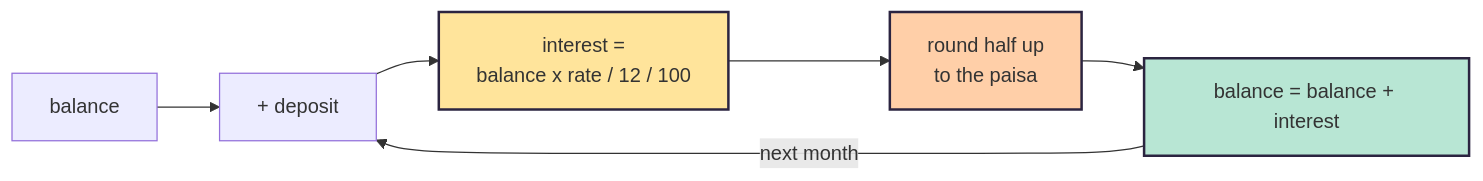
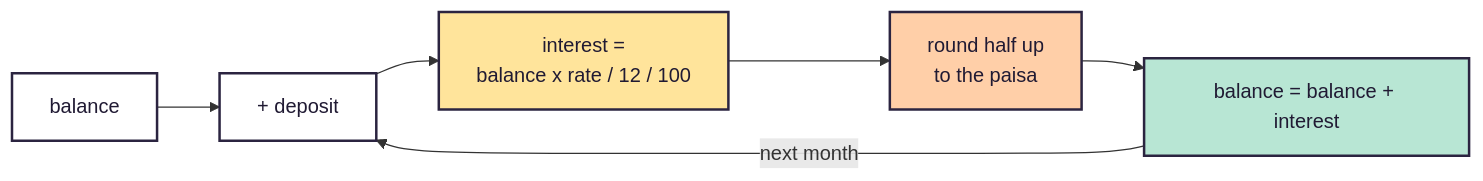
One commit to AuvroIslam/lsh26-t033-p12 changed the sixth of 6 diagrams in README.md. Above: the diagram before and after it, drawn with Mermaid. The commit also changed other lines of this file, not shown here.

First line of the commit message:
Fix diagram contrast and use the slides as illustration, not a gallery

````diff
--- a/README.md
+++ b/README.md
@@ -352,12 +403,20 @@
 ```mermaid
 flowchart LR
+    classDef default fill:#ffffff,stroke:#2b2440,stroke-width:2px,color:#201a33;
     A["balance"] --> B["+ deposit"]
     B --> C["interest =<br/>balance x rate / 12 / 100"]
     C --> D["round half up<br/>to the paisa"]
     D --> E["balance = balance + interest"]
     E -->|"next month"| B
 
-    style C fill:#ffe49b,stroke:#2b2440,stroke-width:2px
-    style D fill:#ffcfa8,stroke:#2b2440,stroke-width:2px
-    style E fill:#b8e6d4,stroke:#2b2440,stroke-width:2px
+    classDef lav fill:#f4f0fd,stroke:#2b2440,stroke-width:2px,color:#201a33;
+    classDef lilac fill:#d9c9f7,stroke:#2b2440,stroke-width:2px,color:#201a33;
+    classDef mint fill:#b8e6d4,stroke:#2b2440,stroke-width:2px,color:#201a33;
+    classDef butter fill:#ffe49b,stroke:#2b2440,stroke-width:2px,color:#201a33;
+    classDef peach fill:#ffcfa8,stroke:#2b2440,stroke-width:2px,color:#201a33;
+    classDef blush fill:#ffc9d9,stroke:#2b2440,stroke-width:2px,color:#201a33;
+    classDef sky fill:#bcd9f7,stroke:#2b2440,stroke-width:2px,color:#201a33;
+    class C butter;
+    class D peach;
+    class E mint;
 ```
````
